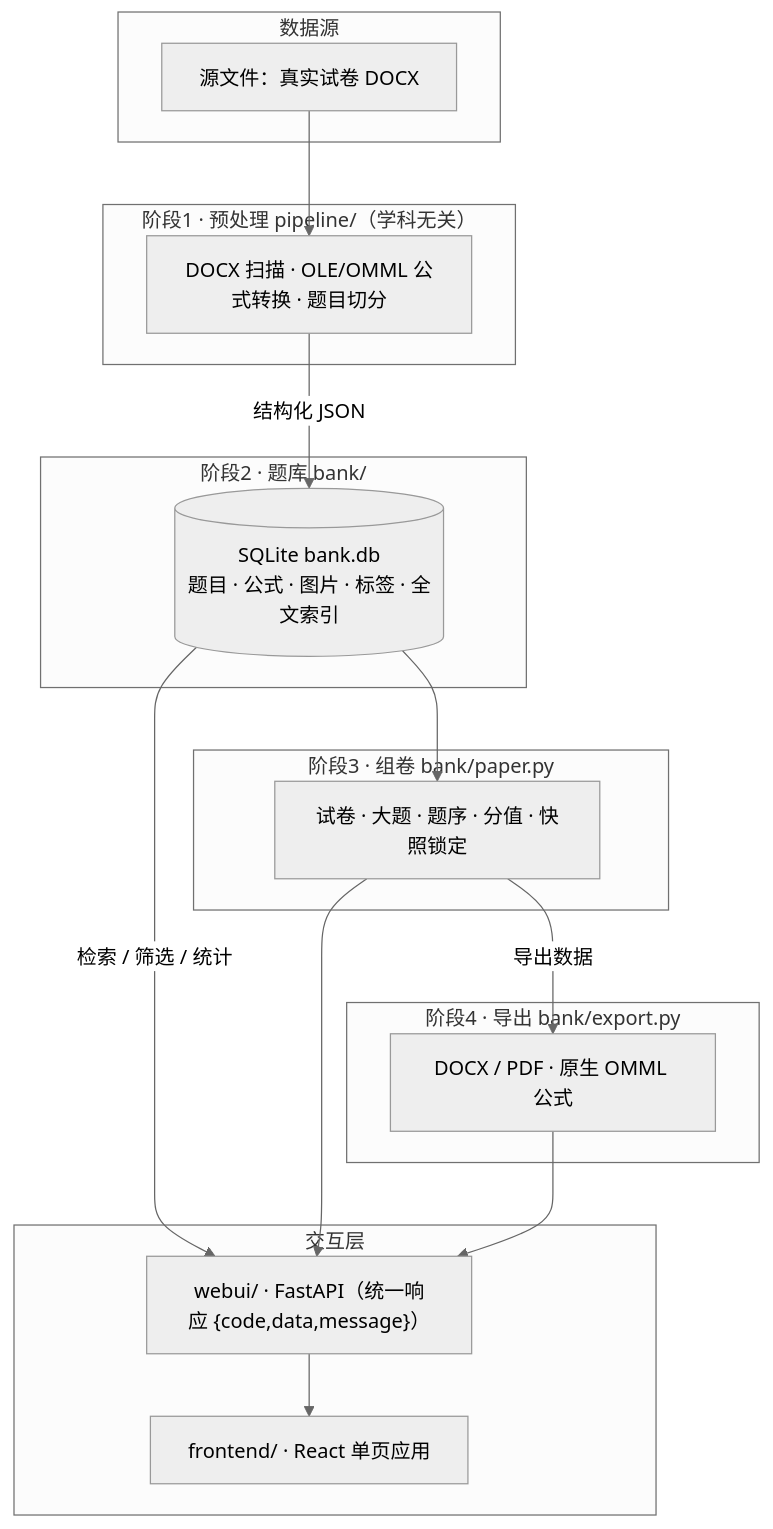
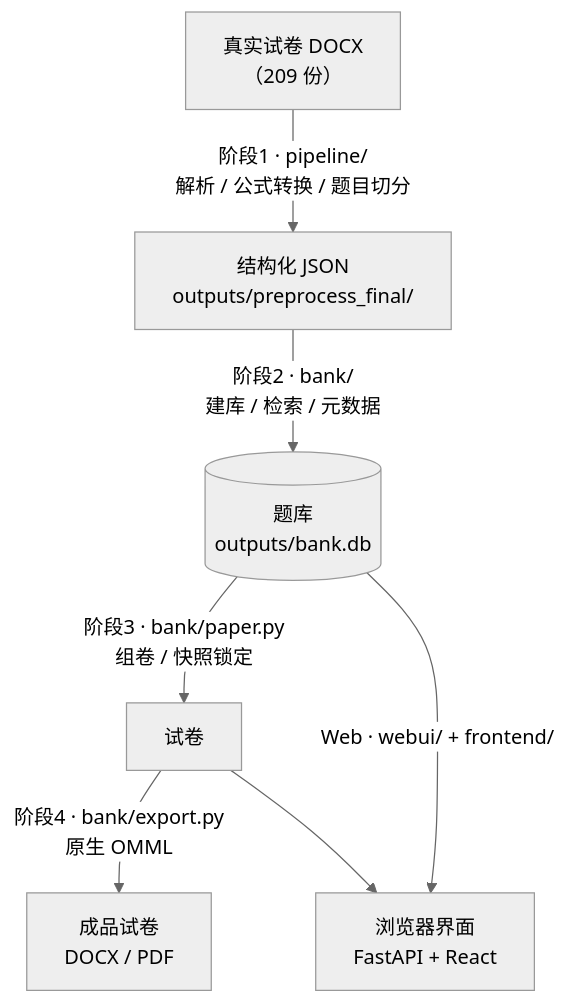
Before and after one commit to Soapman233/Localtopic-management: the diagram in README.md, drawn with Mermaid (neutral theme). The commit also changed other lines of this file and 8 other files, not shown here.

First line of the commit message:
docs: 重写 README（461 行 + 6 张真实截图）；按去重后实测值校正 AGENTS.md 数字

````diff
--- a/README.md
+++ b/README.md
@@ -210,30 +215,9 @@
 ```mermaid
-flowchart TB
-    subgraph S0["数据源"]
-        DOCX["源文件：真实试卷 DOCX"]
-    end
-    subgraph S1["阶段1 · 预处理 pipeline/（学科无关）"]
-        P1["DOCX 扫描 · OLE/OMML 公式转换 · 题目切分"]
-    end
-    subgraph S2["阶段2 · 题库 bank/"]
-        DB[("SQLite bank.db<br/>题目 · 公式 · 图片 · 标签 · 全文索引")]
-    end
-    subgraph S3["阶段3 · 组卷 bank/paper.py"]
-        PAPER["试卷 · 大题 · 题序 · 分值 · 快照锁定"]
-    end
-    subgraph S4["阶段4 · 导出 bank/export.py"]
-        EXP["DOCX / PDF · 原生 OMML 公式"]
-    end
-    subgraph S5["交互层"]
-        API["webui/ · FastAPI（统一响应 {code,data,message}）"]
-        UI["frontend/ · React 单页应用"]
-    end
-    DOCX --> P1
-    P1 -->|结构化 JSON| DB
-    DB -->|检索 / 筛选 / 统计| API
-    DB --> PAPER
-    PAPER -->|导出数据| EXP
-    PAPER --> API
-    EXP --> API
-    API --> UI
+flowchart TD
+    A["真实试卷 DOCX<br/>（209 份）"] -->|阶段1 · pipeline/<br/>解析 / 公式转换 / 题目切分| B["结构化 JSON<br/>outputs/preprocess_final/"]
+    B -->|阶段2 · bank/<br/>建库 / 检索 / 元数据| C[("题库<br/>outputs/bank.db")]
+    C -->|阶段3 · bank/paper.py<br/>组卷 / 快照锁定| D["试卷"]
+    D -->|阶段4 · bank/export.py<br/>原生 OMML| E["成品试卷<br/>DOCX / PDF"]
+    C -->|Web · webui/ + frontend/| F["浏览器界面<br/>FastAPI + React"]
+    D --> F
 ```
````
